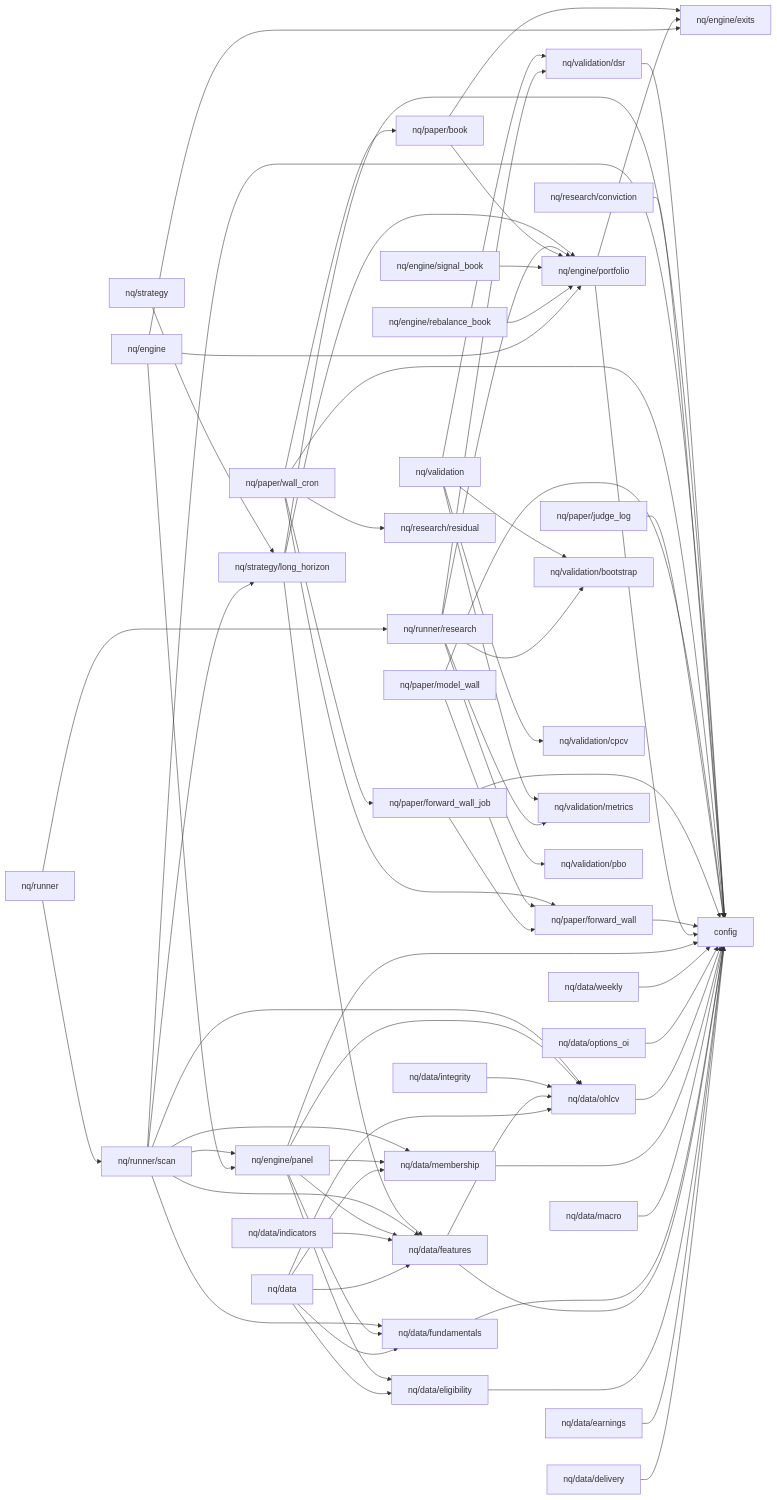
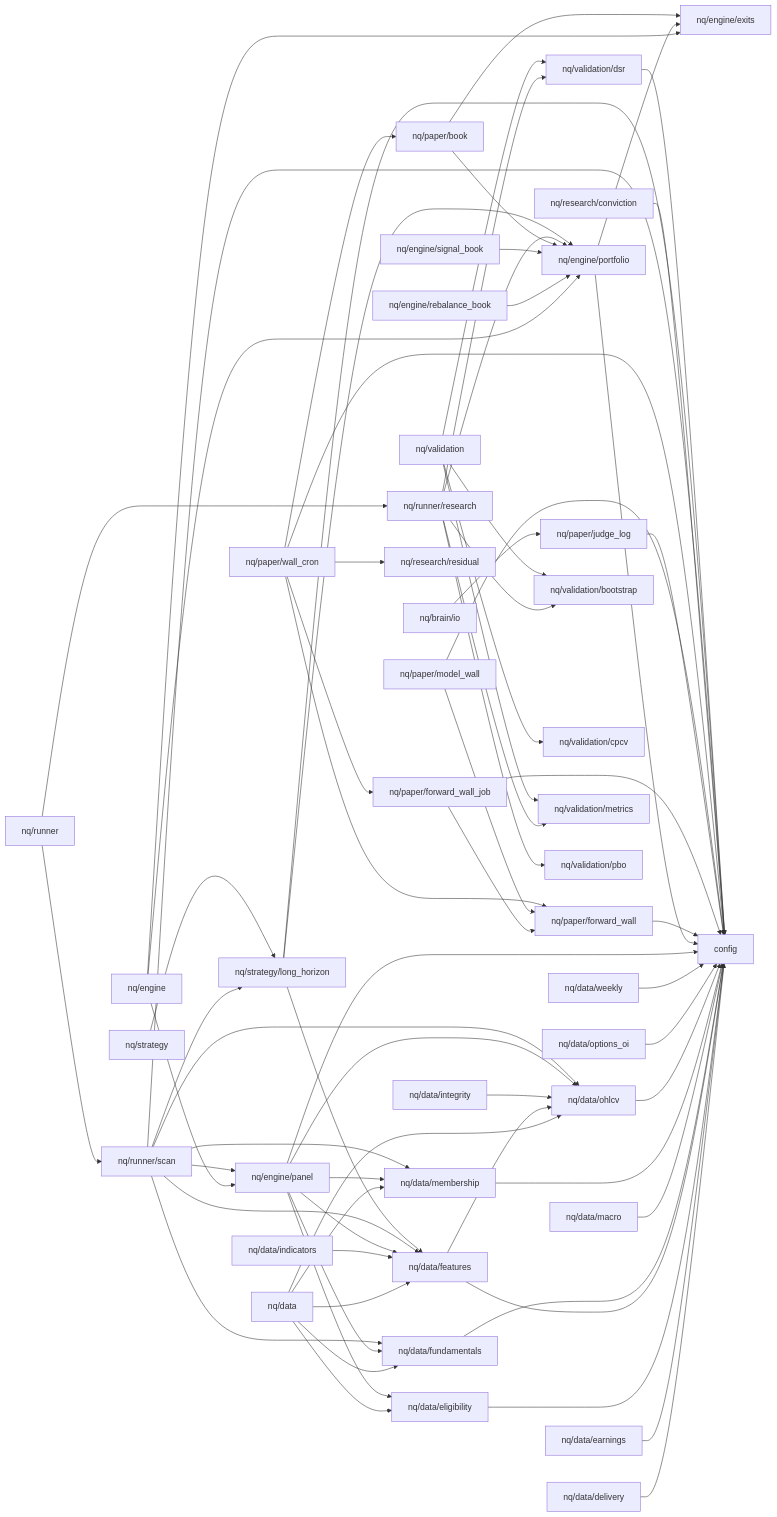
The diagram in docs/DEPENDENCY_MAP.md (kreeshpatel/nifty-satvik), drawn with Mermaid before and after one commit. The commit also changed 7 other files, not shown here.

````diff
--- a/docs/DEPENDENCY_MAP.md
+++ b/docs/DEPENDENCY_MAP.md
@@ -9,6 +9,7 @@
 ```mermaid
 flowchart LR
     config["config"]
+    nq_brain_io["nq/brain/io"]
     nq_data["nq/data"]
     nq_data_delivery["nq/data/delivery"]
     nq_data_earnings["nq/data/earnings"]
@@ -47,6 +48,7 @@
     nq_validation_dsr["nq/validation/dsr"]
     nq_validation_metrics["nq/validation/metrics"]
     nq_validation_pbo["nq/validation/pbo"]
+    nq_brain_io --> nq_paper_judge_log
     nq_data --> nq_data_eligibility
     nq_data --> nq_data_features
     nq_data --> nq_data_fundamentals
````
